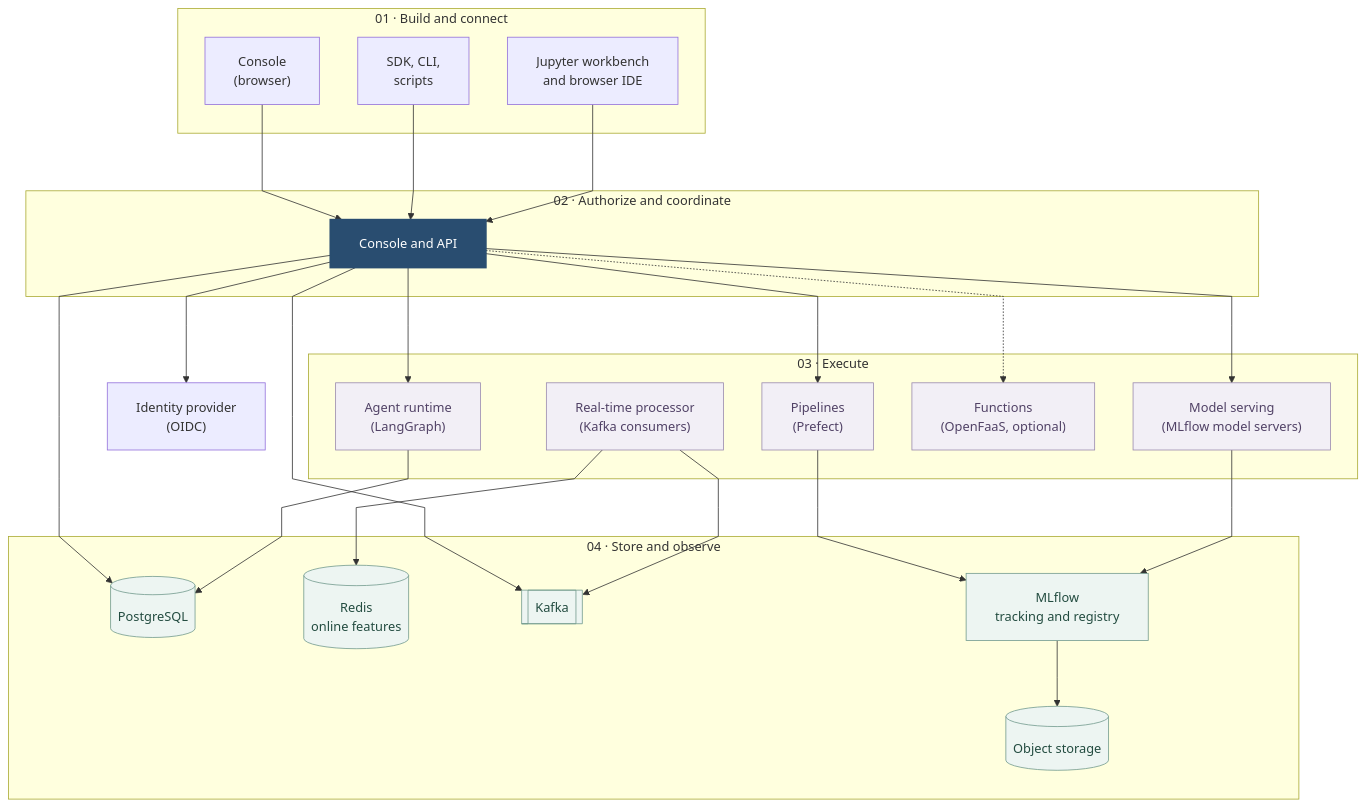
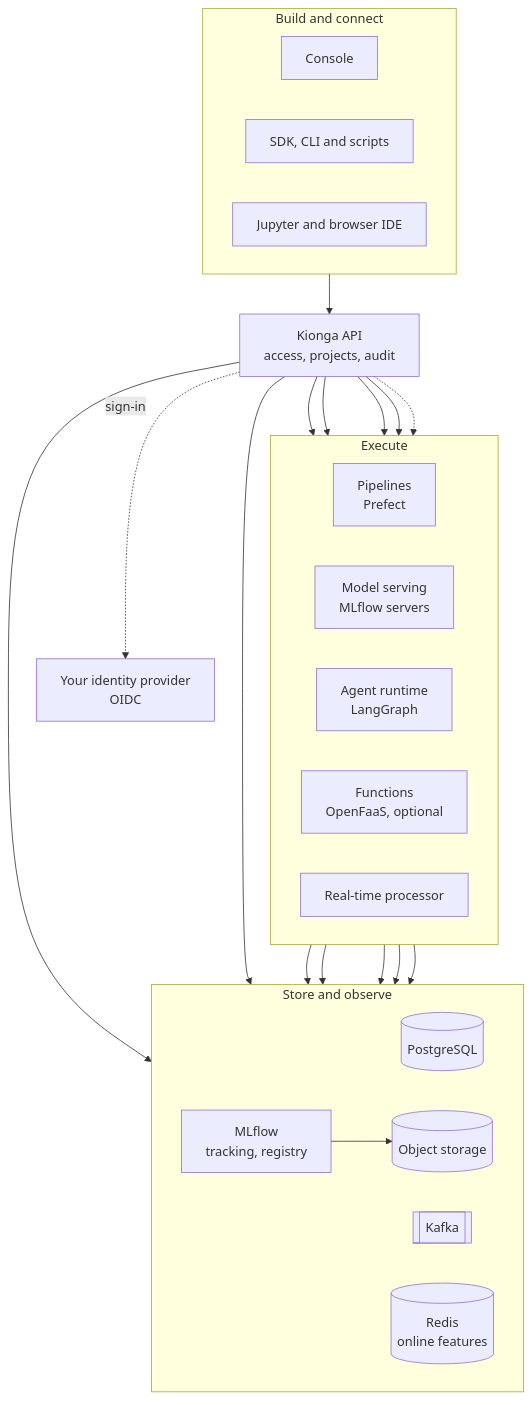
One commit to kiongahq/docs changed the diagram in docs/concepts/how-it-works.md. Above: the diagram before and after it, drawn with Mermaid. The commit also changed 5 other files, not shown here.

First line of the commit message:
docs: theme Mermaid diagrams centrally and redesign dense views

````diff
--- a/docs/concepts/how-it-works.md
+++ b/docs/concepts/how-it-works.md
@@ -17,60 +17,53 @@
 ```mermaid
----
-config: {"flowchart":{"nodeSpacing":48,"rankSpacing":72,"padding":18,"curve":"linear","useMaxWidth":false},"sequence":{"actorMargin":56,"messageMargin":40,"boxMargin":16,"noteMargin":16,"mirrorActors":false,"useMaxWidth":false,"wrap":true,"width":180,"messageFontSize":15,"noteFontSize":14}}
----
 flowchart TB
     accTitle: How Kionga works
-    accDescr: System components grouped by responsibility; arrows show their dependencies.
-    subgraph clients["01 · Build and connect"]
-        console["Console<br/>(browser)"]
-        code["SDK, CLI,<br/>scripts"]
-        ws["Jupyter workbench<br/>and browser IDE"]
+    accDescr: Consoles, the SDK and workspaces call one Kionga API. The API checks identity with your OIDC provider, then hands work to pipelines, model serving, agents, functions and the real-time processor, which keep their state in PostgreSQL, Kafka, Redis, MLflow and object storage.
+
+    %% 01 entry points
+    subgraph clients["Build and connect"]
+        direction LR
+        console["Console"]
+        code["SDK, CLI and scripts"]
+        ws["Jupyter and browser IDE"]
     end
 
-    subgraph kionga["02 · Authorize and coordinate"]
-        api["Console and API"]
+    %% 02 the platform core
+    api["Kionga API<br/>access, projects, audit"]
+    idp["Your identity provider<br/>OIDC"]
+
+    %% 03 engines
+    subgraph engines["Execute"]
+        direction LR
+        prefect["Pipelines<br/>Prefect"]
+        serving["Model serving<br/>MLflow servers"]
+        agents["Agent runtime<br/>LangGraph"]
+        functions["Functions<br/>OpenFaaS, optional"]
+        stream["Real-time processor"]
     end
 
-    subgraph engines["03 · Execute"]
-        prefect["Pipelines<br/>(Prefect)"]
-        serving["Model serving<br/>(MLflow model servers)"]
-        agents["Agent runtime<br/>(LangGraph)"]
-        functions["Functions<br/>(OpenFaaS, optional)"]
-        stream["Real-time processor<br/>(Kafka consumers)"]
+    %% 04 state
+    subgraph data["Store and observe"]
+        direction LR
+        pg[("PostgreSQL")]
+        kafka[["Kafka"]]
+        redis[("Redis<br/>online features")]
+        mlflow["MLflow<br/>tracking, registry"]
+        obj[("Object storage")]
     end
 
-    subgraph data["04 · Store and observe"]
-        pg[("PostgreSQL")]
-        obj[("Object storage")]
-        redis[("Redis<br/>online features")]
-        kafka[["Kafka"]]
-        mlflow["MLflow<br/>tracking and registry"]
-    end
-
-    idp["Identity provider<br/>(OIDC)"]
-
-    console --> api
-    code --> api
-    ws --> api
-    api --> idp
-    api --> prefect
-    api --> serving
-    api --> agents
+    clients --> api
+    api -. sign-in .-> idp
+    api --> prefect & serving & agents & stream
     api -.-> functions
-    api --> pg
-    api --> kafka
+    api --> pg & kafka
     prefect --> mlflow
     serving --> mlflow
     agents --> pg
-    stream --> kafka
-    stream --> redis
+    stream --> kafka & redis
     mlflow --> obj
+
     class api core
-    class kafka,mlflow,obj,pg,redis data
-    class agents,functions,prefect,serving,stream runtime
-
-    classDef core fill:#294d70,stroke:#294d70,color:#ffffff,stroke-width:2px
-    classDef data fill:#edf5f2,stroke:#739b8e,color:#234c40
-    classDef runtime fill:#f2eff6,stroke:#9a8aae,color:#514266
-    classDef external fill:#f5f7fa,stroke:#94a3b8,color:#334155,stroke-dasharray:4 3
+    class pg,kafka,redis,mlflow,obj data
+    class prefect,serving,agents,functions,stream runtime
+    class idp external
 ```
````
